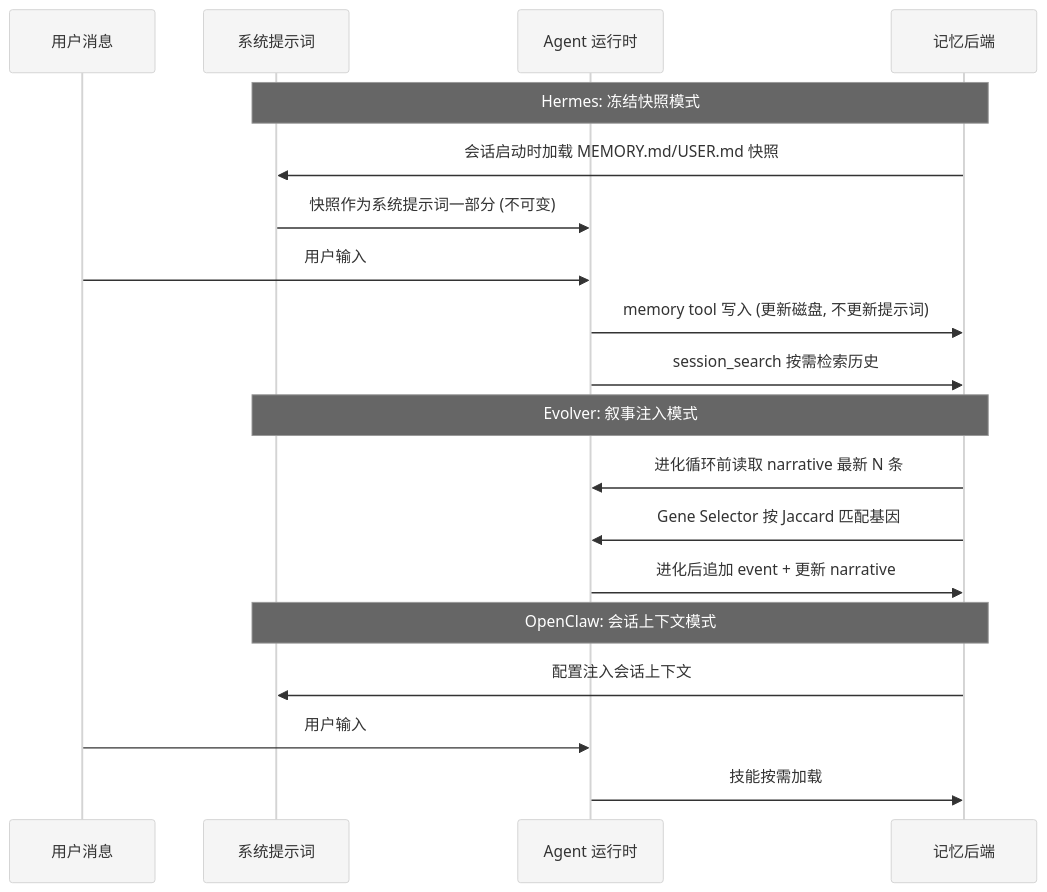
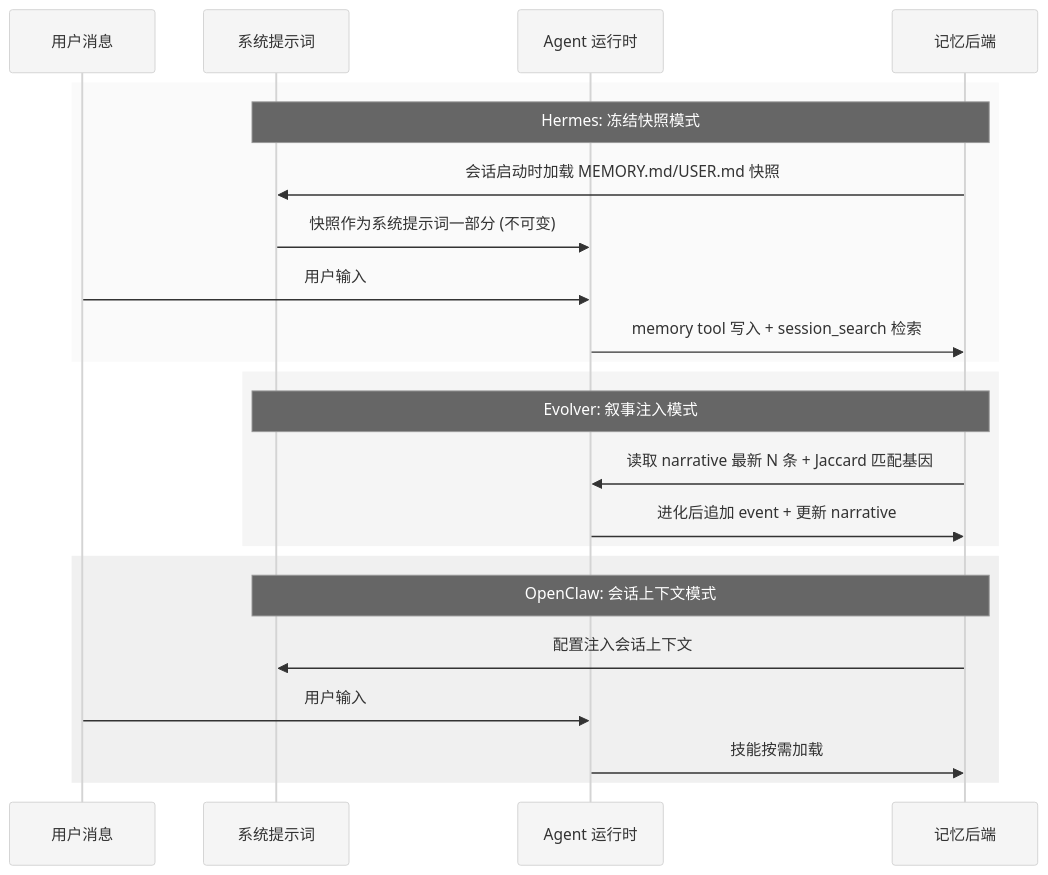
The second of 4 diagrams in Part III 同源项目对比分析/31-记忆系统三方对比.md (xiaonancs/hermes-agent-study), drawn with Mermaid before and after one commit. The commit also changed other lines of this file and 32 other files, not shown here.

First line of the commit message:
Mermaid 图表修复：白色背景板 + 长宽比优化

````diff
--- a/Part III 同源项目对比分析/31-记忆系统三方对比.md
+++ b/Part III 同源项目对比分析/31-记忆系统三方对比.md
@@ -77,25 +74,29 @@
 ```mermaid
 %%{init: {'theme': 'neutral', 'themeVariables': {'background': '#ffffff', 'primaryColor': '#f5f5f5', 'primaryTextColor': '#000000', 'primaryBorderColor': '#333333', 'lineColor': '#444444', 'textColor': '#000000', 'mainBkg': '#f5f5f5', 'nodeBorder': '#333333', 'clusterBkg': '#fafafa', 'clusterBorder': '#888888', 'edgeLabelBackground': '#ffffff'}}}%%
 sequenceDiagram
     participant U as 用户消息
     participant S as 系统提示词
     participant A as Agent 运行时
     participant M as 记忆后端
 
-    Note over S,M: Hermes: 冻结快照模式
-    M->>S: 会话启动时加载 MEMORY.md/USER.md 快照
-    S->>A: 快照作为系统提示词一部分 (不可变)
-    U->>A: 用户输入
-    A->>M: memory tool 写入 (更新磁盘, 不更新提示词)
-    A->>M: session_search 按需检索历史
+    rect rgb(250,250,250)
+        Note over S,M: Hermes: 冻结快照模式
+        M->>S: 会话启动时加载 MEMORY.md/USER.md 快照
+        S->>A: 快照作为系统提示词一部分 (不可变)
+        U->>A: 用户输入
+        A->>M: memory tool 写入 + session_search 检索
+    end
 
-    Note over S,M: Evolver: 叙事注入模式
-    M->>A: 进化循环前读取 narrative 最新 N 条
-    M->>A: Gene Selector 按 Jaccard 匹配基因
-    A->>M: 进化后追加 event + 更新 narrative
+    rect rgb(245,245,245)
+        Note over S,M: Evolver: 叙事注入模式
+        M->>A: 读取 narrative 最新 N 条 + Jaccard 匹配基因
+        A->>M: 进化后追加 event + 更新 narrative
+    end
 
-    Note over S,M: OpenClaw: 会话上下文模式
-    M->>S: 配置注入会话上下文
-    U->>A: 用户输入
-    A->>M: 技能按需加载
+    rect rgb(240,240,240)
+        Note over S,M: OpenClaw: 会话上下文模式
+        M->>S: 配置注入会话上下文
+        U->>A: 用户输入
+        A->>M: 技能按需加载
+    end
 ```
````
